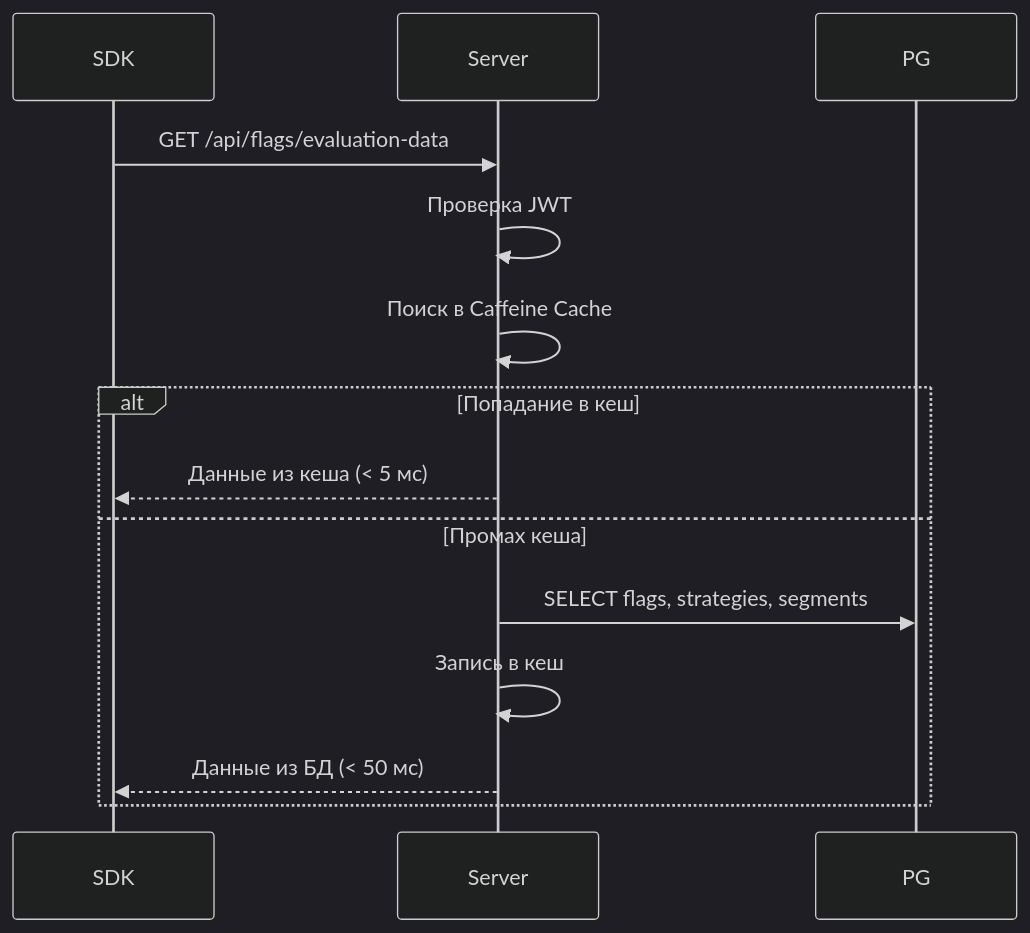
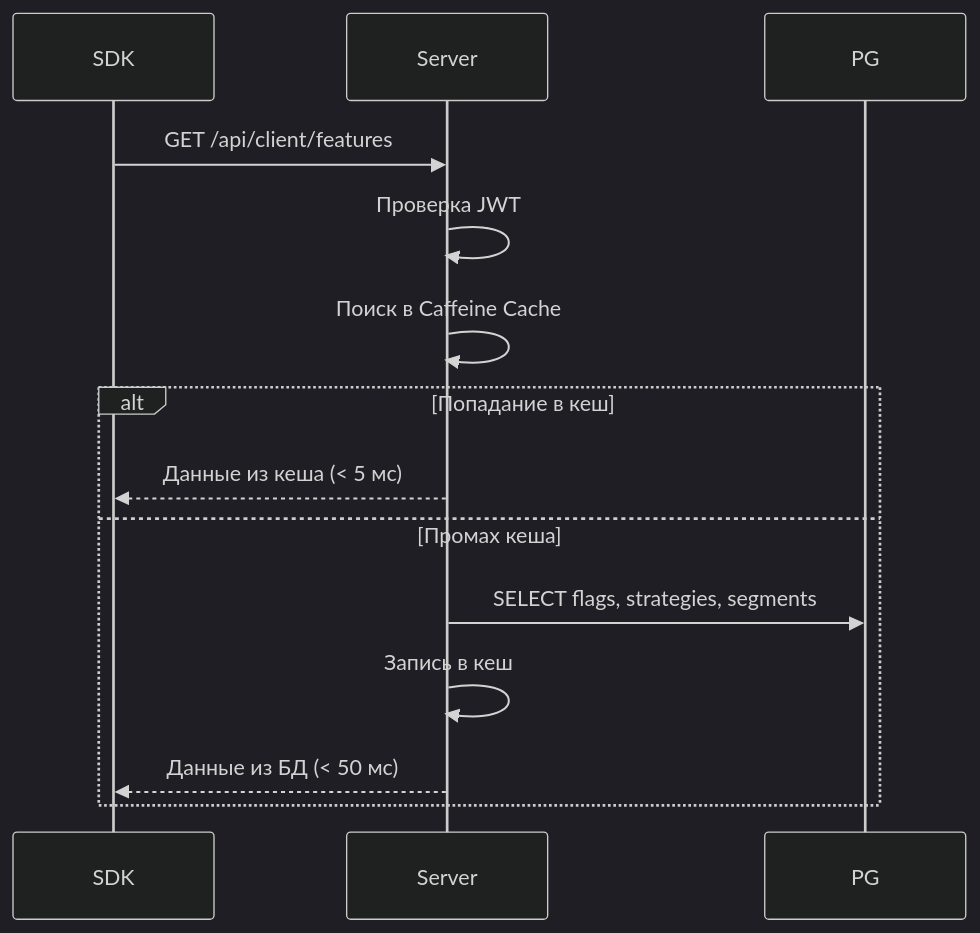
One commit to edgar-dev20/mozhno changed the fourth of 4 diagrams in docs/self-hosting/scaling.md. Above: the diagram before and after it, drawn with Mermaid (dark theme). The commit also changed other lines of this file and 62 other files, not shown here.

````diff
--- a/docs/self-hosting/scaling.md
+++ b/docs/self-hosting/scaling.md
@@ -232,16 +232,16 @@
 ```mermaid
 sequenceDiagram
     participant SDK
     participant Server
 
-    SDK->>Server: GET /api/flags/evaluation-data
+    SDK->>Server: GET /api/client/features
     Server->>Server: Проверка JWT
     Server->>Server: Поиск в Caffeine Cache
     alt Попадание в кеш
         Server-->>SDK: Данные из кеша (< 5 мс)
     else Промах кеша
         Server->>PG: SELECT flags, strategies, segments
         Server->>Server: Запись в кеш
         Server-->>SDK: Данные из БД (< 50 мс)
     end
 ```
````
